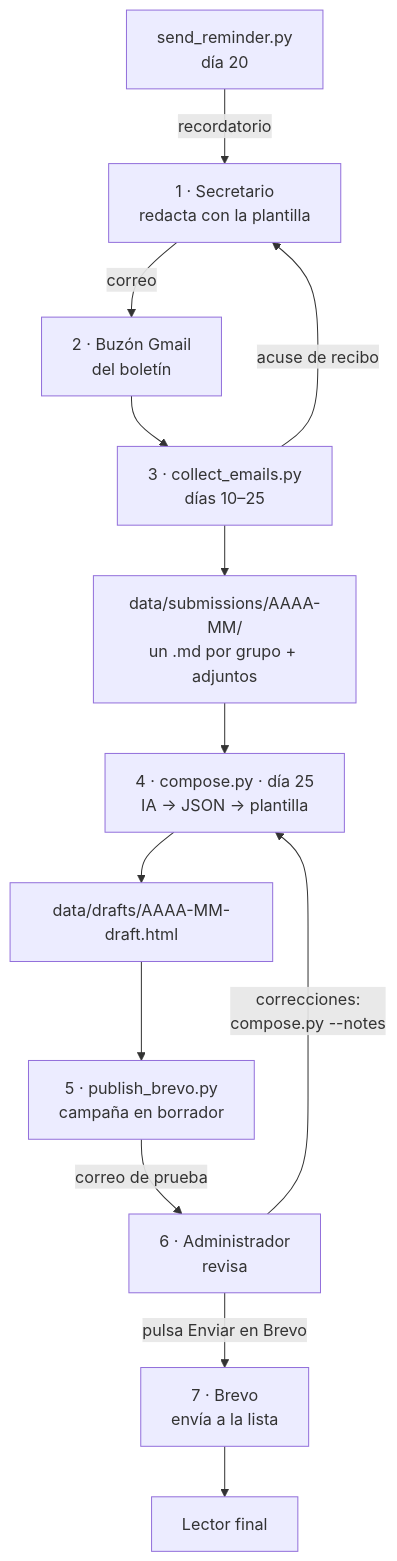
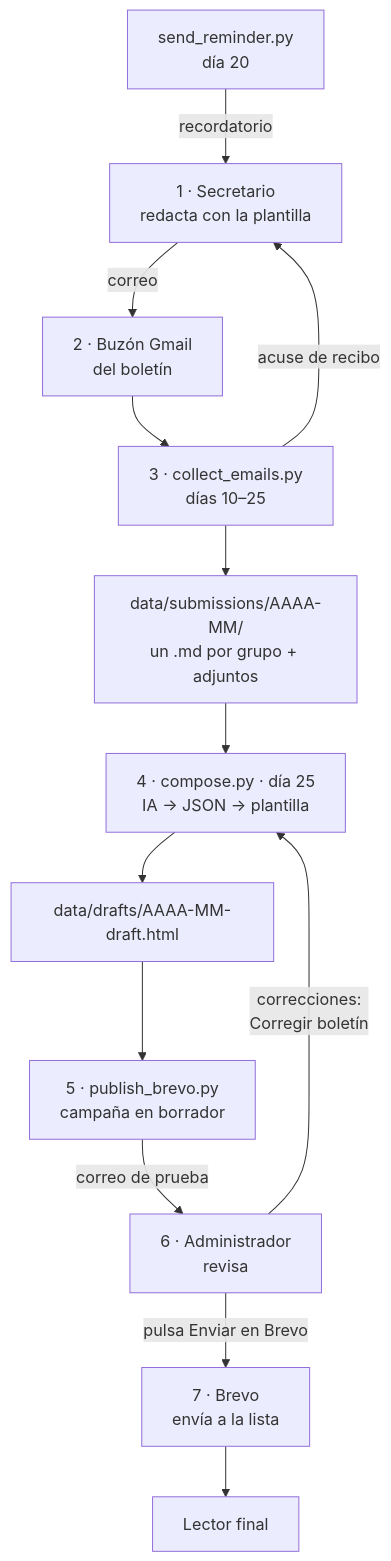
One commit to aghast10/parish-newsletter changed the diagram in README.md. Above: the diagram before and after it, drawn with Mermaid. The commit also changed other lines of this file and 12 other files, not shown here.

````diff
--- a/README.md
+++ b/README.md
@@ -13,15 +18,15 @@
 ```mermaid
 flowchart TD
     A["1 · Secretario<br/>redacta con la plantilla"] -->|correo| B["2 · Buzón Gmail<br/>del boletín"]
     B --> C["3 · collect_emails.py<br/>días 10–25"]
     C -->|acuse de recibo| A
     C --> D["data/submissions/AAAA-MM/<br/>un .md por grupo + adjuntos"]
     R["send_reminder.py<br/>día 20"] -->|recordatorio| A
     D --> E["4 · compose.py · día 25<br/>IA → JSON → plantilla"]
     E --> F["data/drafts/AAAA-MM-draft.html"]
     F --> G["5 · publish_brevo.py<br/>campaña en borrador"]
     G -->|correo de prueba| H["6 · Administrador<br/>revisa"]
-    H -->|"correcciones:<br/>compose.py --notes"| E
+    H -->|"correcciones:<br/>Corregir boletín"| E
     H -->|"pulsa Enviar en Brevo"| I["7 · Brevo<br/>envía a la lista"]
     I --> J["Lector final"]
 ```
````
